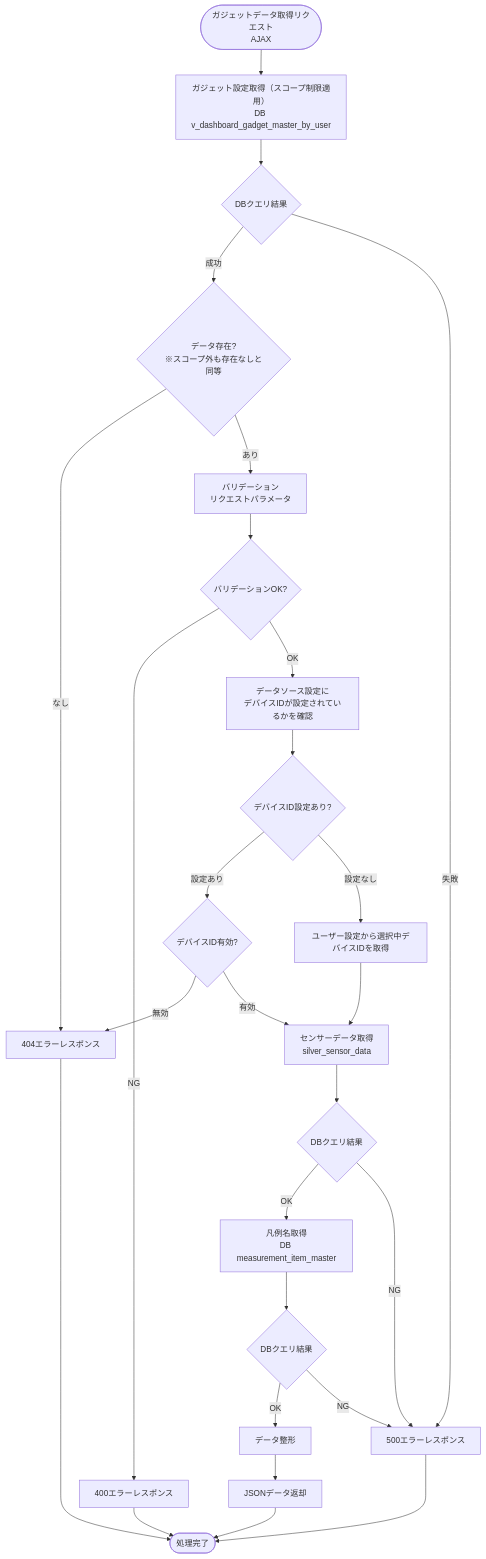
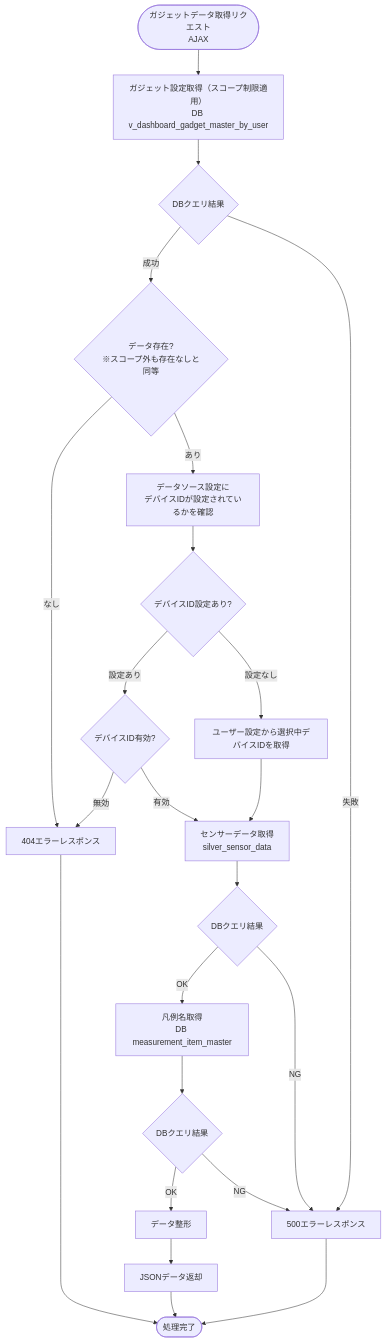
Before and after one commit to NSW-SVCP-AIWG002/Databricks-IoT: the first of 3 diagrams in docs/03-features/flask-app/customer-dashboard/circle-chart/workflow-specification.md, drawn with Mermaid. The commit also changed 3 other files, not shown here.

````diff
--- a/docs/03-features/flask-app/customer-dashboard/circle-chart/workflow-specification.md
+++ b/docs/03-features/flask-app/customer-dashboard/circle-chart/workflow-specification.md
@@ -152,39 +152,34 @@
 ```mermaid
 flowchart TD
     Start([ガジェットデータ取得リクエスト<br>AJAX]) --> GetConfig[ガジェット設定取得（スコープ制限適用）<br>DB v_dashboard_gadget_master_by_user]
 
     GetConfig --> CheckGetConfig{DBクエリ結果}
     CheckGetConfig -->|成功| CheckConfig{データ存在?<br>※スコープ外も存在なしと同等}
     CheckGetConfig -->|失敗| Error500[500エラーレスポンス]
 
     CheckConfig -->|なし| Error404[404エラーレスポンス]
-    CheckConfig -->|あり| Validate[バリデーション<br>リクエストパラメータ]
-
-    Validate --> CheckValidate{バリデーションOK?}
-    CheckValidate -->|NG| Error400[400エラーレスポンス]
-    CheckValidate -->|OK| CheckDeviceId[データソース設定に<br>デバイスIDが設定されているかを確認]
+    CheckConfig -->|あり| CheckDeviceId[データソース設定に<br>デバイスIDが設定されているかを確認]
 
     CheckDeviceId --> ExistDeviceId{デバイスID設定あり?}
     ExistDeviceId -->|設定あり| ValidDeviceId{デバイスID有効?}
     ExistDeviceId -->|設定なし| GetUserSetting[ユーザー設定から選択中デバイスIDを取得]
 
     ValidDeviceId -->|無効| Error404
     ValidDeviceId -->|有効| SilverQuery[センサーデータ取得<br>silver_sensor_data]
 
     GetUserSetting --> SilverQuery
 
     SilverQuery --> CheckSilverQuery{DBクエリ結果}
     CheckSilverQuery -->|OK| LegendQuery[凡例名取得<br>DB measurement_item_master]
     CheckSilverQuery -->|NG| Error500
 
     LegendQuery --> CheckLegendQuery{DBクエリ結果}
     CheckLegendQuery -->|OK| Format[データ整形]
     CheckLegendQuery -->|NG| Error500
 
     Format --> ReturnData[JSONデータ返却]
 
     ReturnData --> End([処理完了])
-    Error400 --> End
     Error404 --> End
     Error500 --> End
 ```
````
